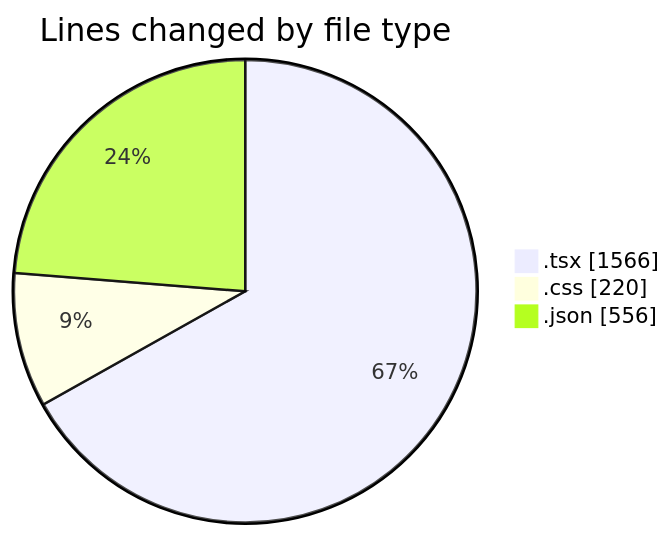
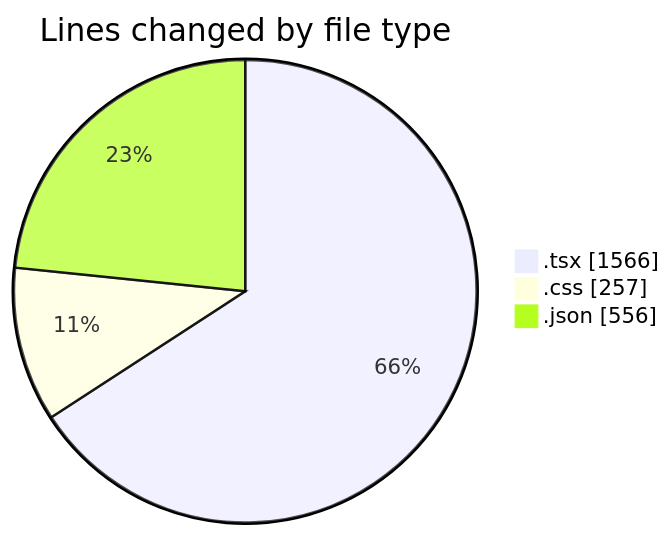
Before and after one commit to EIIisD/code-tracking: the first of 2 diagrams in 2025-08-04/tw-server/README.md, drawn with Mermaid. The commit also changed other lines of this file and 1 other file, not shown here.

````diff
--- a/2025-08-04/tw-server/README.md
+++ b/2025-08-04/tw-server/README.md
@@ -28,7 +28,7 @@
 ```mermaid
 pie showData
 title Lines changed by file type
 ".tsx" : 1566
-".css" : 220
+".css" : 257
 ".json" : 556
 ```
````
